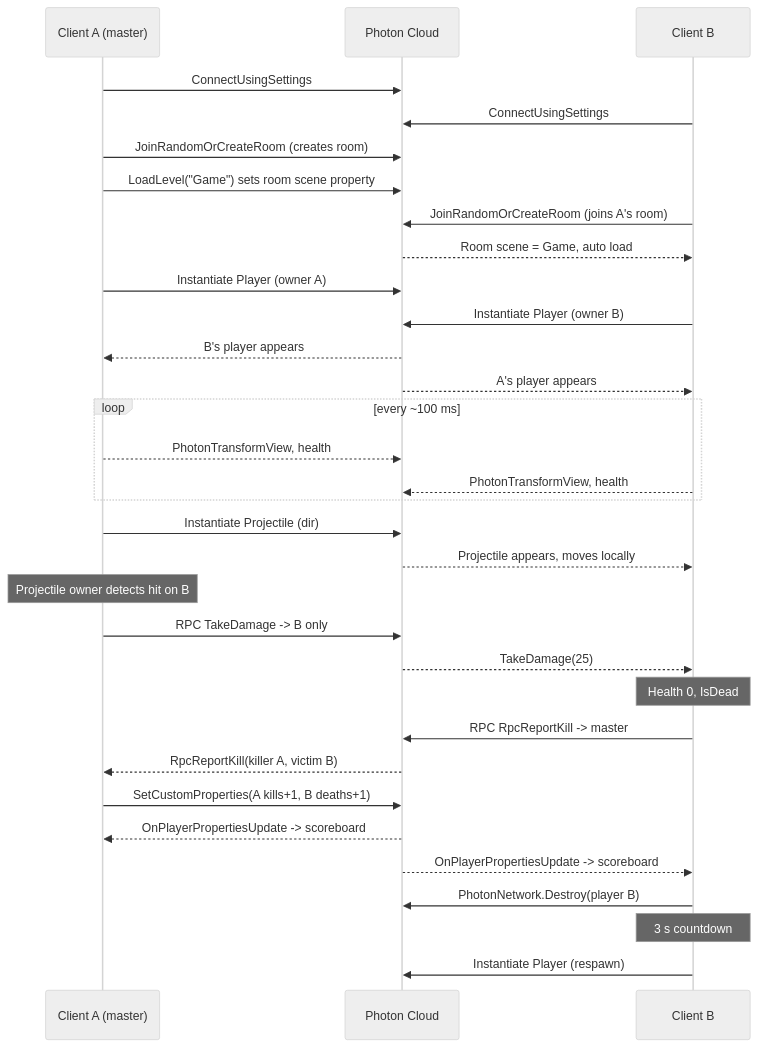
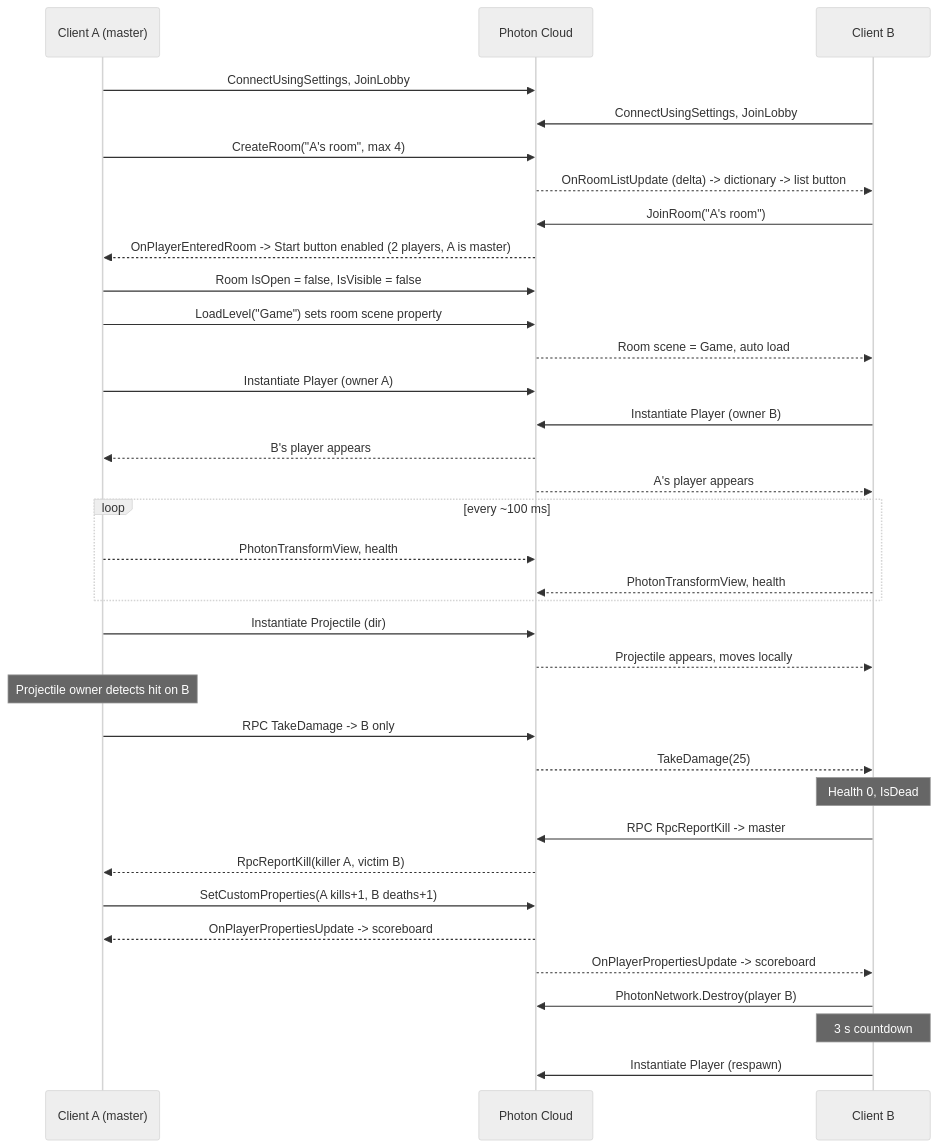
Before and after one commit to yonisabdinasir123-byte/cw1: the diagram in docs/LEARNING.md, drawn with Mermaid (neutral theme). The commit also changed other lines of this file and 8 other files, not shown here.

First line of the commit message:
Phase 2: full lobby with room list, create, join, leave, start and quit

````diff
--- a/docs/LEARNING.md
+++ b/docs/LEARNING.md
@@ -171,34 +199,37 @@
 ```mermaid
 sequenceDiagram
     participant A as Client A (master)
     participant P as Photon Cloud
     participant B as Client B
-    A->>P: ConnectUsingSettings
-    B->>P: ConnectUsingSettings
-    A->>P: JoinRandomOrCreateRoom (creates room)
+    A->>P: ConnectUsingSettings, JoinLobby
+    B->>P: ConnectUsingSettings, JoinLobby
+    A->>P: CreateRoom("A's room", max 4)
+    P-->>B: OnRoomListUpdate (delta) -> dictionary -> list button
+    B->>P: JoinRoom("A's room")
+    P-->>A: OnPlayerEnteredRoom -> Start button enabled (2 players, A is master)
+    A->>P: Room IsOpen = false, IsVisible = false
     A->>P: LoadLevel("Game") sets room scene property
-    B->>P: JoinRandomOrCreateRoom (joins A's room)
     P-->>B: Room scene = Game, auto load
     A->>P: Instantiate Player (owner A)
     B->>P: Instantiate Player (owner B)
     P-->>A: B's player appears
     P-->>B: A's player appears
     loop every ~100 ms
         A-->>P: PhotonTransformView, health
         B-->>P: PhotonTransformView, health
     end
     A->>P: Instantiate Projectile (dir)
     P-->>B: Projectile appears, moves locally
     Note over A: Projectile owner detects hit on B
     A->>P: RPC TakeDamage -> B only
     P-->>B: TakeDamage(25)
     Note over B: Health 0, IsDead
     B->>P: RPC RpcReportKill -> master
     P-->>A: RpcReportKill(killer A, victim B)
     A->>P: SetCustomProperties(A kills+1, B deaths+1)
     P-->>A: OnPlayerPropertiesUpdate -> scoreboard
     P-->>B: OnPlayerPropertiesUpdate -> scoreboard
     B->>P: PhotonNetwork.Destroy(player B)
     Note over B: 3 s countdown
     B->>P: Instantiate Player (respawn)
 ```
````
